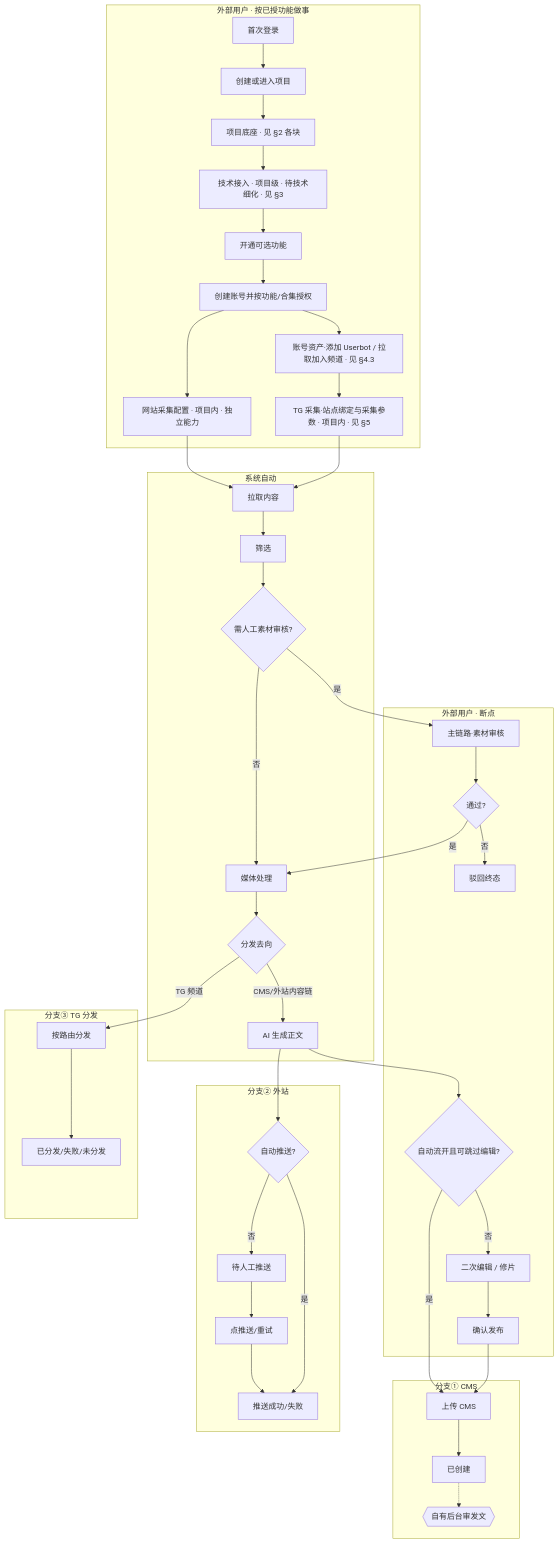
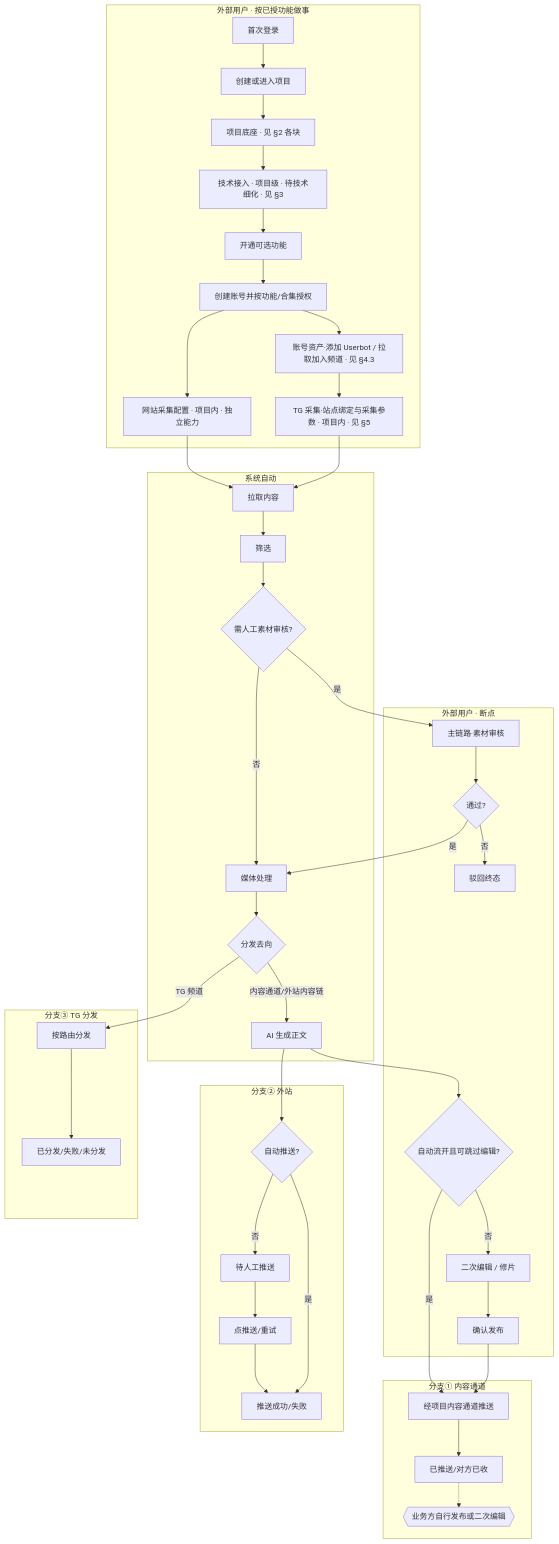
One commit to limliu520/OverseasCompany changed the first of 10 diagrams in fangzhou/方舟-To-Be主流程泳道图.md. Above: the diagram before and after it, drawn with Mermaid. The commit also changed other lines of this file and 32 other files, not shown here.

````diff
--- a/fangzhou/方舟-To-Be主流程泳道图.md
+++ b/fangzhou/方舟-To-Be主流程泳道图.md
@@ -25,69 +26,69 @@
 ```mermaid
 flowchart TB
   subgraph EXT["外部用户 · 按已授功能做事"]
     A1[首次登录]
     A2[创建或进入项目]
     A3[项目底座 · 见 §2 各块]
     A4[技术接入 · 项目级 · 待技术细化 · 见 §3]
     A5[开通可选功能]
     A6[创建账号并按功能/合集授权]
     A6b[账号资产·添加 Userbot / 拉取加入频道 · 见 §4.3]
     A7a[网站采集配置 · 项目内 · 独立能力]
     A7b[TG 采集·站点绑定与采集参数 · 项目内 · 见 §5]
     A1 --> A2 --> A3 --> A4 --> A5 --> A6
     A6 --> A6b
     A6 --> A7a
     A6b --> A7b
   end
 
   subgraph SYS["系统自动"]
     S1[拉取内容]
     S2[筛选]
     S3{需人工素材审核?}
     S4[媒体处理]
     S5[AI 生成正文]
     S6{分发去向}
     S1 --> S2 --> S3
     S3 -->|否| S4
     S4 --> S6
   end
 
   subgraph HUM["外部用户 · 断点"]
     C1[主链路·素材审核]
     C2{通过?}
     C3[驳回终态]
     D1{自动流开且可跳过编辑?}
     D2[二次编辑 / 修片]
     D3[确认发布]
   end
 
-  subgraph B1["分支① CMS"]
-    E1[上传 CMS] --> E2[已创建]
-    E3{{自有后台审发文}}
+  subgraph B1["分支① 内容通道"]
+    E1[经项目内容通道推送] --> E2[已推送/对方已收]
+    E3{{业务方自行发布或二次编辑}}
   end
 
   subgraph B2["分支② 外站"]
     F1{自动推送?}
     F2[推送成功/失败]
     F3[待人工推送] --> F4[点推送/重试] --> F2
   end
 
   subgraph B3["分支③ TG 分发"]
     G1[按路由分发] --> G2[已分发/失败/未分发]
   end
 
   A7a --> S1
   A7b --> S1
   S3 -->|是| C1 --> C2
   C2 -->|否| C3
   C2 -->|是| S4
   S6 -->|TG 频道| G1
-  S6 -->|CMS/外站内容链| S5
+  S6 -->|内容通道/外站内容链| S5
   S5 --> D1
   D1 -->|是| E1
   D1 -->|否| D2 --> D3 --> E1
   E2 -.-> E3
   S5 --> F1
   F1 -->|是| F2
   F1 -->|否| F3
 ```
````
